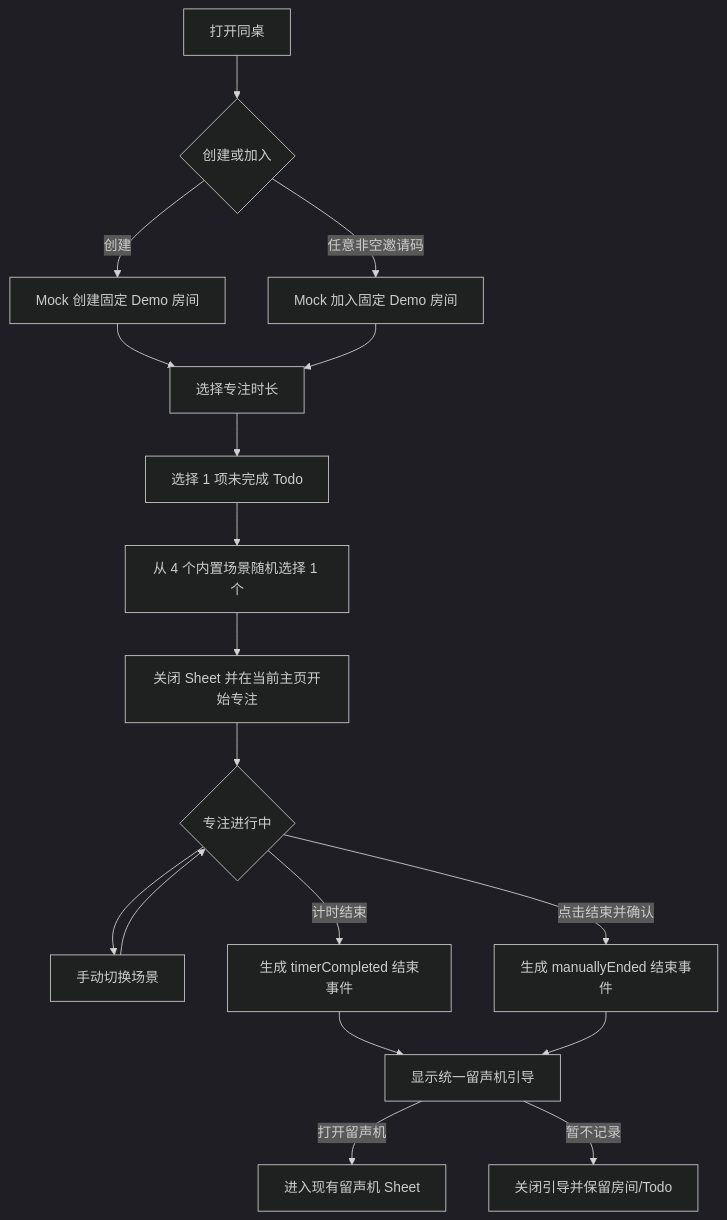
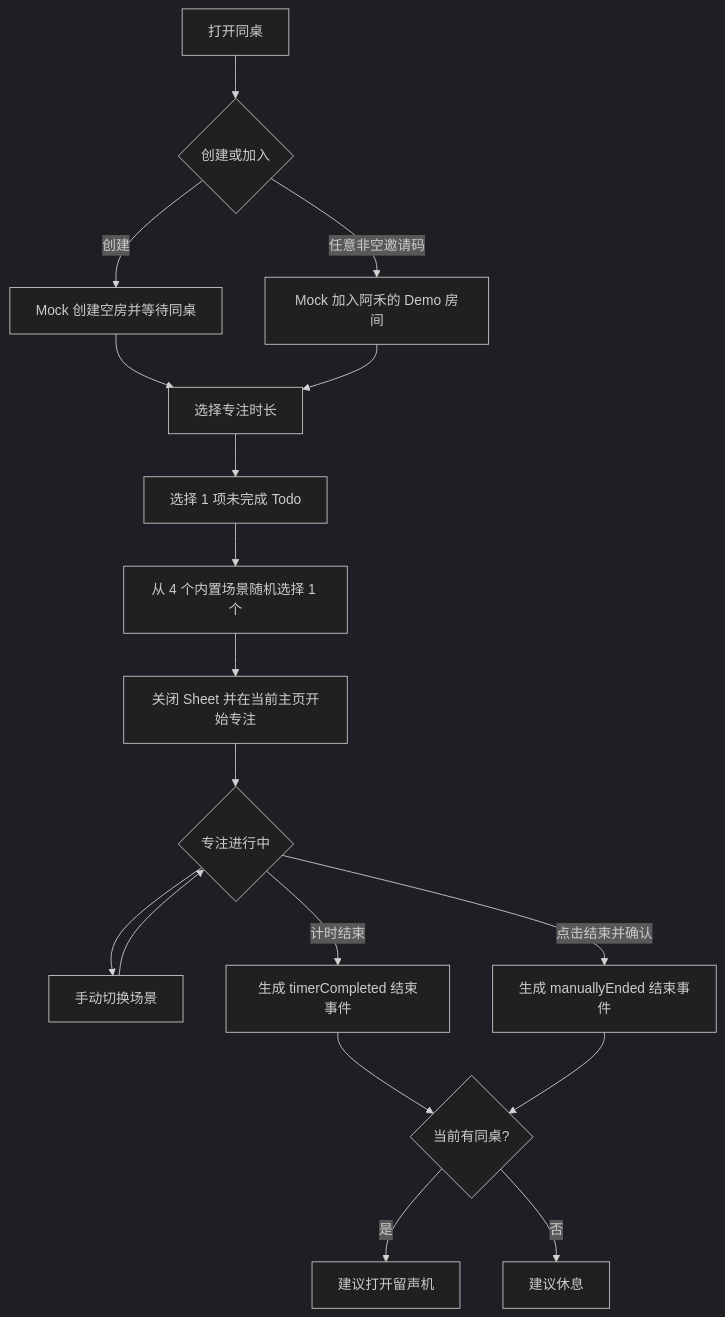
One commit to FLL-4/tongzhuo-1.0 changed the second of 3 diagrams in docs/superpowers/specs/2026-08-12-desk-focus-flow-design.md. Above: the diagram before and after it, drawn with Mermaid (dark theme). The commit also changed other lines of this file and 5 other files, not shown here.

Commit message:
fix: align desk focus flow with room rules

````diff
--- a/docs/superpowers/specs/2026-08-12-desk-focus-flow-design.md
+++ b/docs/superpowers/specs/2026-08-12-desk-focus-flow-design.md
@@ -111,20 +111,20 @@
 ```mermaid
 flowchart TD
     A[打开同桌] --> B{创建或加入}
-    B -- 创建 --> C[Mock 创建固定 Demo 房间]
-    B -- 任意非空邀请码 --> D[Mock 加入固定 Demo 房间]
+    B -- 创建 --> C[Mock 创建空房并等待同桌]
+    B -- 任意非空邀请码 --> D[Mock 加入阿禾的 Demo 房间]
     C --> E[选择专注时长]
     D --> E
     E --> F[选择 1 项未完成 Todo]
     F --> G[从 4 个内置场景随机选择 1 个]
     G --> H[关闭 Sheet 并在当前主页开始专注]
     H --> I{专注进行中}
     I --> J[手动切换场景]
     J --> I
     I -- 计时结束 --> K[生成 timerCompleted 结束事件]
     I -- 点击结束并确认 --> L[生成 manuallyEnded 结束事件]
-    K --> M[显示统一留声机引导]
+    K --> M{当前有同桌?}
     L --> M
-    M -- 打开留声机 --> N[进入现有留声机 Sheet]
-    M -- 暂不记录 --> O[关闭引导并保留房间/Todo]
+    M -- 是 --> N[建议打开留声机]
+    M -- 否 --> O[建议休息]
 ```
````
